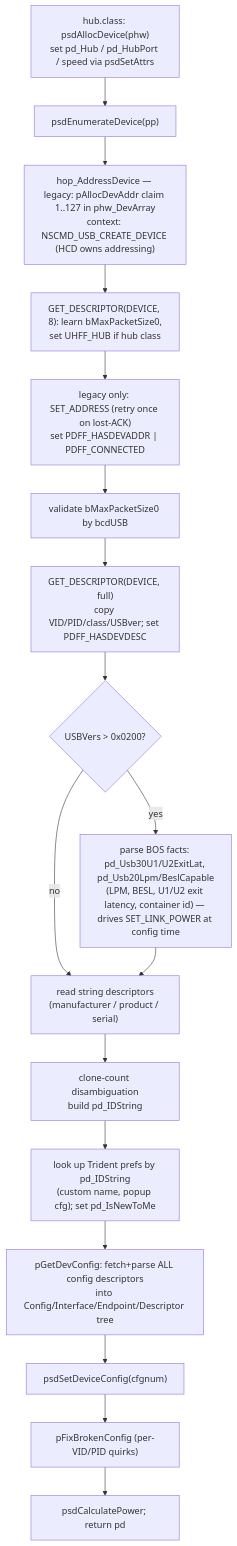
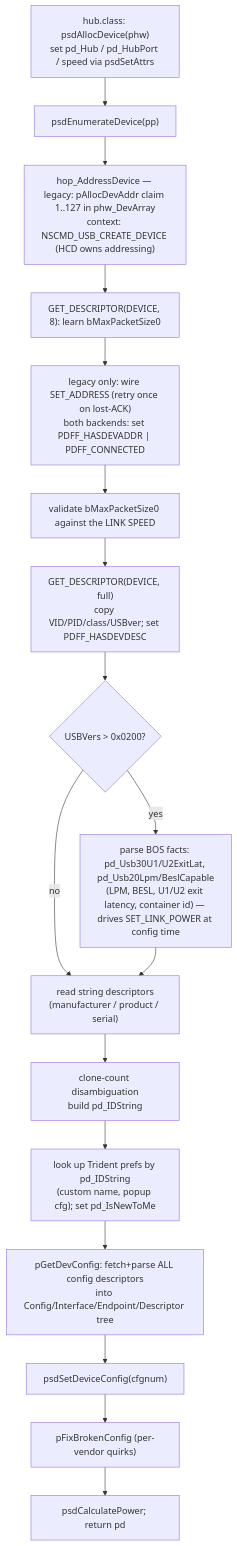
Before and after one commit to rondoval/poseidon-backport: the sixth of 17 diagrams in docs/poseidon.library-architecture.md, drawn with Mermaid. The commit also changed other lines of this file and 7 other files, not shown here.

````diff
--- a/docs/poseidon.library-architecture.md
+++ b/docs/poseidon.library-architecture.md
@@ -534,19 +552,19 @@
 ```mermaid
 flowchart TD
     A["hub.class: psdAllocDevice(phw)<br/>set pd_Hub / pd_HubPort / speed via psdSetAttrs"] --> B["psdEnumerateDevice(pp)"]
     B --> C["hop_AddressDevice — legacy: pAllocDevAddr claim 1..127 in phw_DevArray<br/>context: NSCMD_USB_CREATE_DEVICE (HCD owns addressing)"]
-    C --> D["GET_DESCRIPTOR(DEVICE, 8): learn bMaxPacketSize0,<br/>set UHFF_HUB if hub class"]
-    D --> E["legacy only: SET_ADDRESS (retry once on lost-ACK)<br/>set PDFF_HASDEVADDR | PDFF_CONNECTED"]
-    E --> F["validate bMaxPacketSize0 by bcdUSB"]
+    C --> D["GET_DESCRIPTOR(DEVICE, 8): learn bMaxPacketSize0"]
+    D --> E["legacy only: wire SET_ADDRESS (retry once on lost-ACK)<br/>both backends: set PDFF_HASDEVADDR | PDFF_CONNECTED"]
+    E --> F["validate bMaxPacketSize0 against the LINK SPEED"]
     F --> G["GET_DESCRIPTOR(DEVICE, full)<br/>copy VID/PID/class/USBver; set PDFF_HASDEVDESC"]
     G --> H{"USBVers &gt; 0x0200?"}
     H -->|yes| I["parse BOS facts: pd_Usb30U1/U2ExitLat, pd_Usb20Lpm/BeslCapable<br/>(LPM, BESL, U1/U2 exit latency, container id) — drives SET_LINK_POWER at config time"]
     H -->|no| J
     I --> J["read string descriptors<br/>(manufacturer / product / serial)"]
     J --> K["clone-count disambiguation<br/>build pd_IDString"]
     K --> L["look up Trident prefs by pd_IDString<br/>(custom name, popup cfg); set pd_IsNewToMe"]
     L --> M["pGetDevConfig: fetch+parse ALL config descriptors<br/>into Config/Interface/Endpoint/Descriptor tree"]
     M --> N["psdSetDeviceConfig(cfgnum)"]
-    N --> O["pFixBrokenConfig (per-VID/PID quirks)"]
+    N --> O["pFixBrokenConfig (per-vendor quirks)"]
     O --> P["psdCalculatePower; return pd"]
 ```
````
